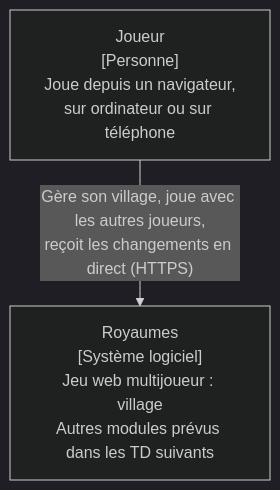
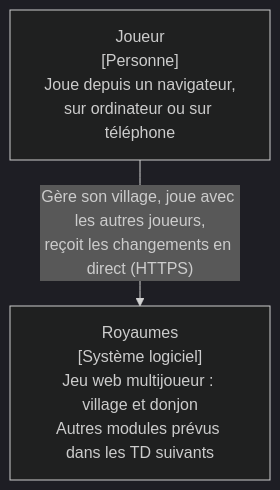
Before and after one commit to leon-morival/kingdom: the first of 4 diagrams in docs/architecture.md, drawn with Mermaid (dark theme). The commit also changed other lines of this file and 4 other files, not shown here.

Commit message:
docs: record dungeon technical debt and update architecture

````diff
--- a/docs/architecture.md
+++ b/docs/architecture.md
@@ -12,6 +12,6 @@
 ```mermaid
 flowchart TB
   joueur["Joueur<br/>[Personne]<br/>Joue depuis un navigateur,<br/>sur ordinateur ou sur téléphone"]
-  royaumes["Royaumes<br/>[Système logiciel]<br/>Jeu web multijoueur : village<br/>Autres modules prévus dans les TD suivants"]
+  royaumes["Royaumes<br/>[Système logiciel]<br/>Jeu web multijoueur : village et donjon<br/>Autres modules prévus dans les TD suivants"]
   joueur -->|"Gère son village, joue avec les autres joueurs,<br/>reçoit les changements en direct (HTTPS)"| royaumes
 ```
````
